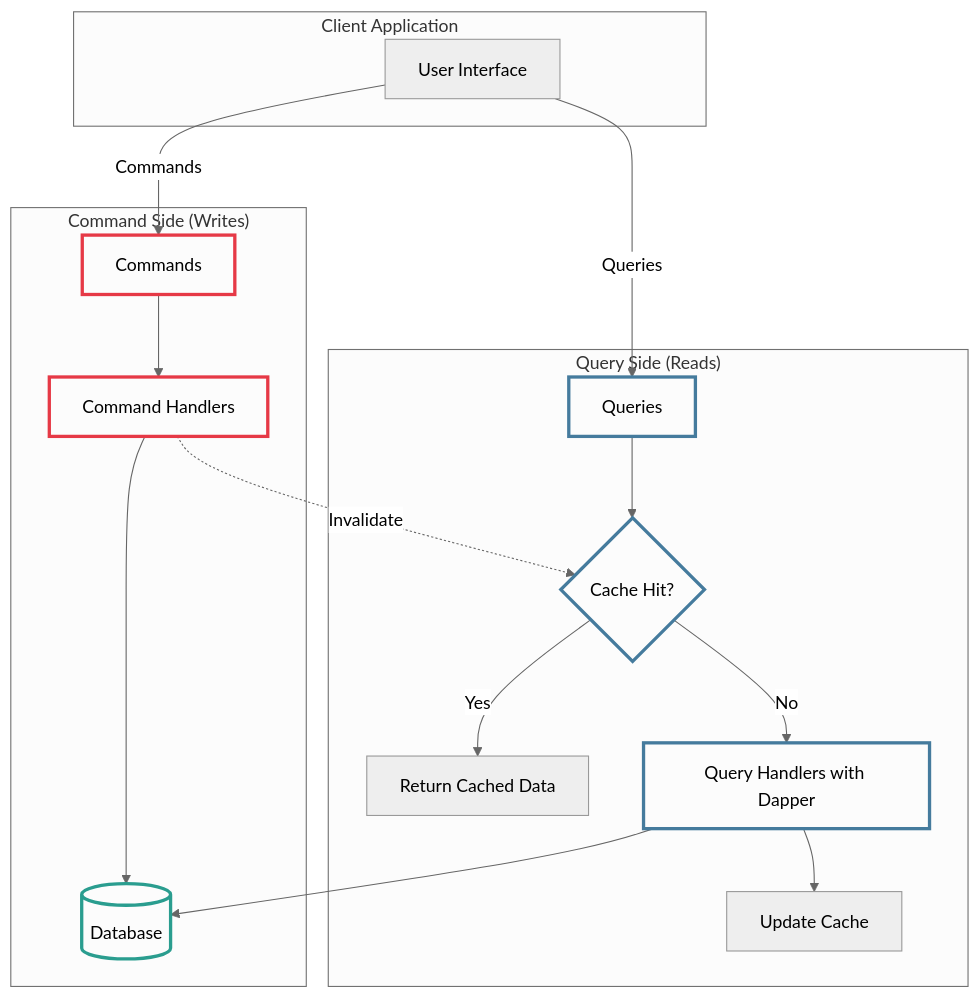
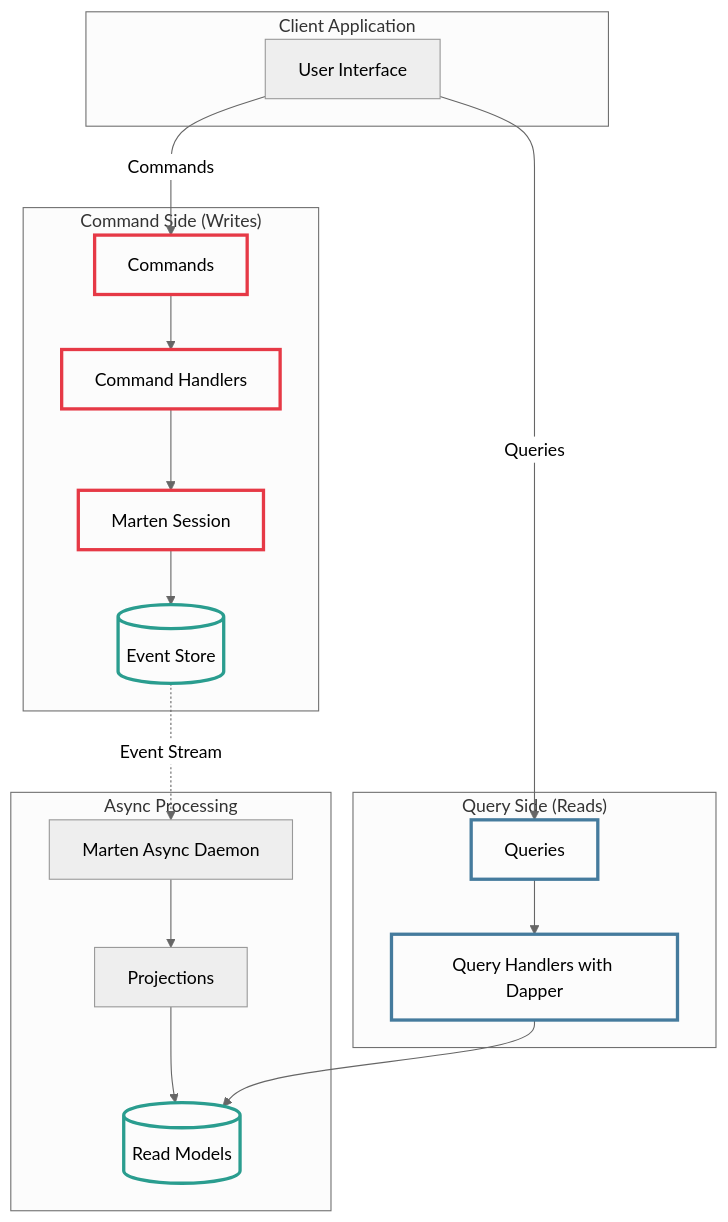
The first of 2 diagrams in Mostlylucid/Markdown/moderncqrsandeventsourcing.md (Shaddix/mostlylucidweb), drawn with Mermaid (neutral theme) before and after one commit. The commit also changed other lines of this file, not shown here.

First line of the commit message:
feat: complete CQRS and Event Sourcing article with all three approaches

````diff
--- a/Mostlylucid/Markdown/moderncqrsandeventsourcing.md
+++ b/Mostlylucid/Markdown/moderncqrsandeventsourcing.md
@@ -82,31 +142,34 @@
 ```mermaid
 flowchart TB
     subgraph Client["Client Application"]
         UI[User Interface]
     end
 
     subgraph Commands["Command Side (Writes)"]
         CMD[Commands] --> CMDH[Command Handlers]
-        CMDH --> DB[(Database)]
+        CMDH --> MARTEN[Marten Session]
+        MARTEN --> EVENTS[(Event Store)]
+    end
+
+    subgraph Background["Async Processing"]
+        EVENTS -.->|Event Stream| DAEMON[Marten Async Daemon]
+        DAEMON --> PROJ[Projections]
+        PROJ --> READDB[(Read Models)]
     end
 
     subgraph Queries["Query Side (Reads)"]
-        QRY[Queries] --> CACHE{Cache Hit?}
-        CACHE -->|Yes| RETURN[Return Cached Data]
-        CACHE -->|No| QRYH[Query Handlers with Dapper]
-        QRYH --> DB
-        QRYH --> CACHESET[Update Cache]
+        QRY[Queries] --> QRYH[Query Handlers with Dapper]
+        QRYH --> READDB
     end
 
     UI -->|Commands| CMD
     UI -->|Queries| QRY
-    CMDH -.->|Invalidate| CACHE
 
     classDef commandStyle fill:none,stroke:#e63946,stroke-width:3px
     classDef queryStyle fill:none,stroke:#457b9d,stroke-width:3px
     classDef dataStyle fill:none,stroke:#2a9d8f,stroke-width:3px
 
-    class CMD,CMDH commandStyle
-    class QRY,QRYH,CACHE queryStyle
-    class DB dataStyle
+    class CMD,CMDH,MARTEN commandStyle
+    class QRY,QRYH queryStyle
+    class EVENTS,READDB dataStyle
 ```
````
